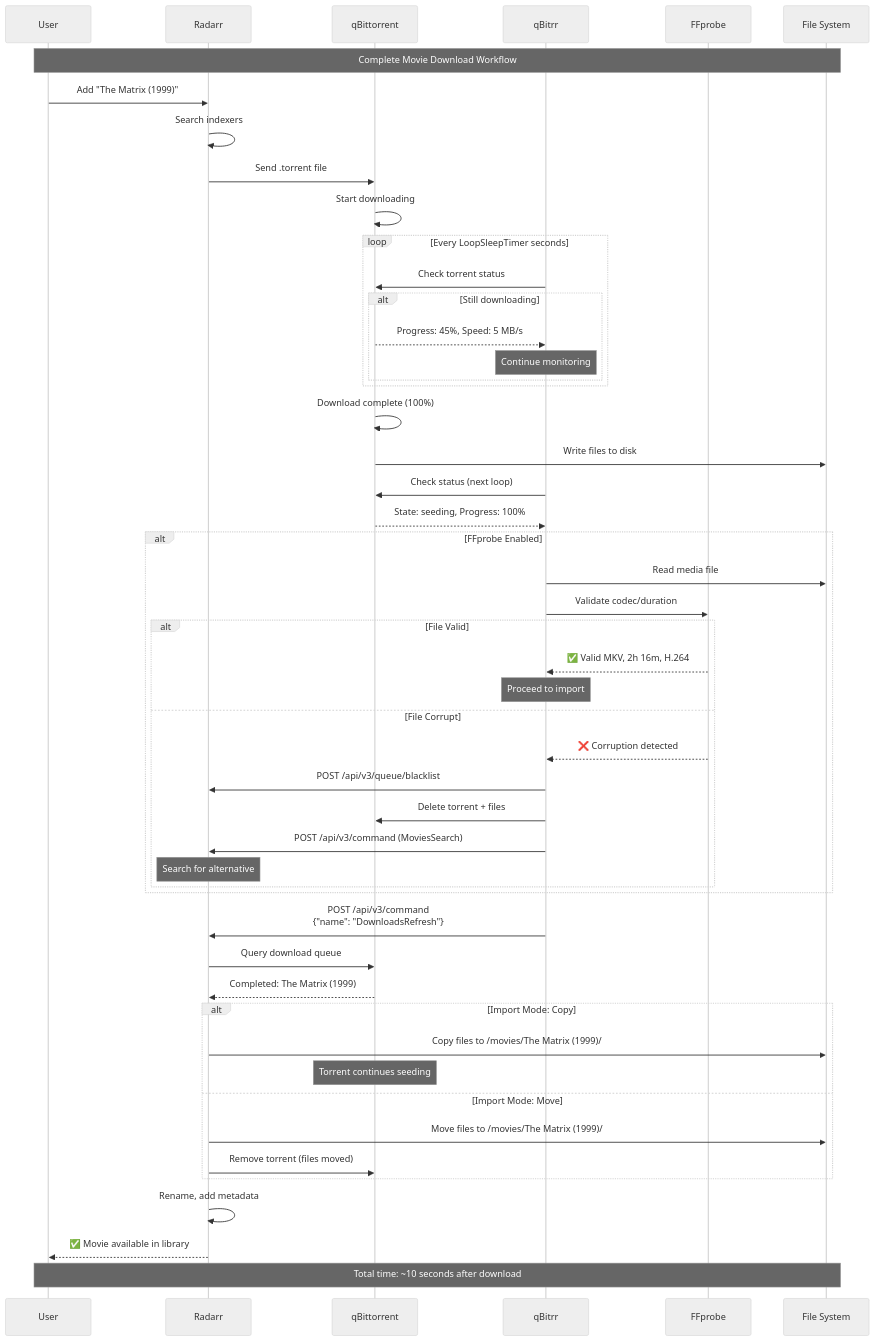
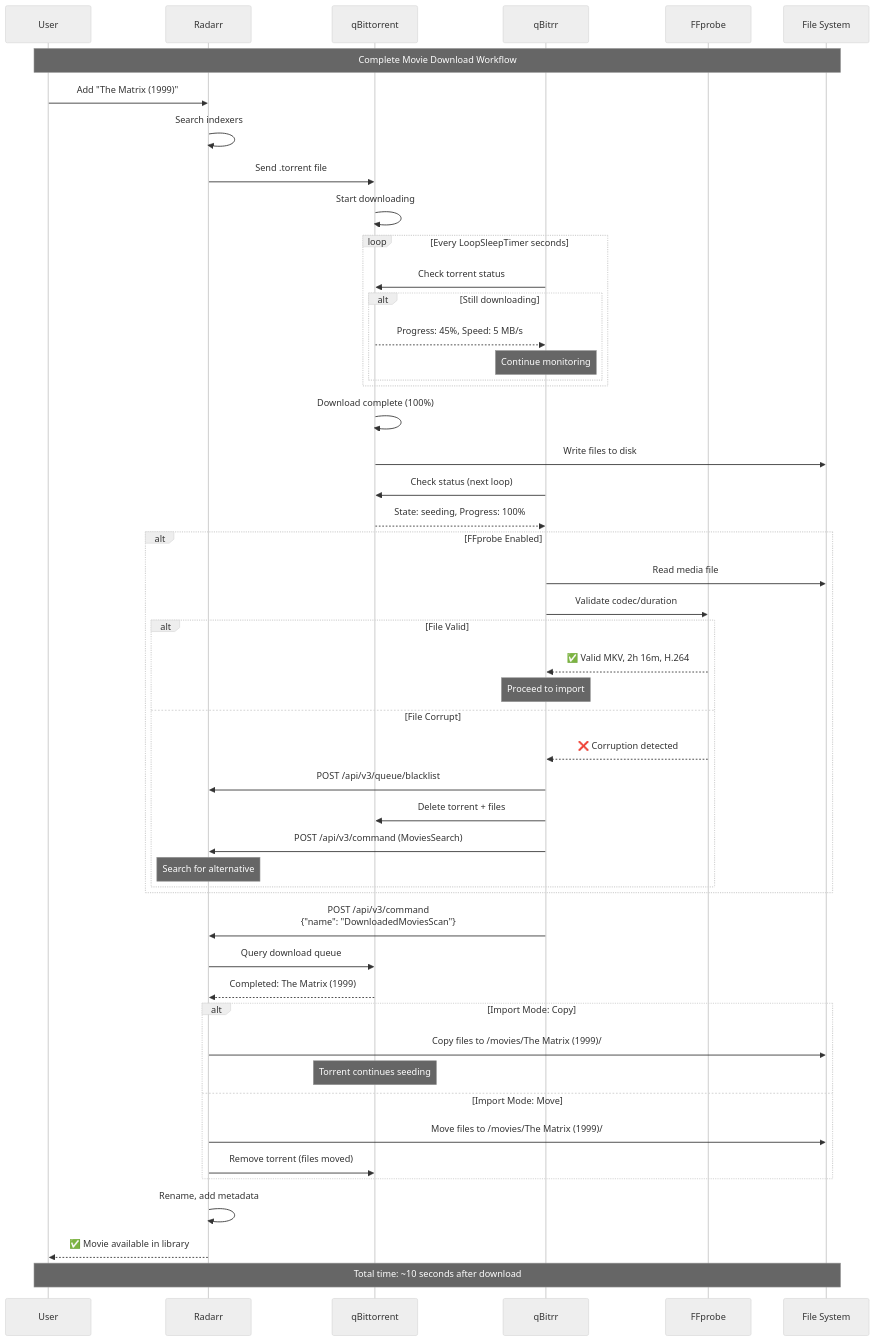
Before and after one commit to Feramance/qBitrr: the second of 5 diagrams in docs/features/instant-imports.md, drawn with Mermaid (neutral theme). The commit also changed other lines of this file and 10 other files, not shown here.

````diff
--- a/docs/features/instant-imports.md
+++ b/docs/features/instant-imports.md
@@ -248,63 +245,63 @@
 ```mermaid
 sequenceDiagram
     participant User
     participant Arr as Radarr
     participant qBT as qBittorrent
     participant qBitrr
     participant FFprobe
     participant FS as File System
 
     Note over User,FS: Complete Movie Download Workflow
 
     User->>Arr: Add "The Matrix (1999)"
     Arr->>Arr: Search indexers
     Arr->>qBT: Send .torrent file
     qBT->>qBT: Start downloading
 
     loop Every LoopSleepTimer seconds
         qBitrr->>qBT: Check torrent status
         alt Still downloading
             qBT-->>qBitrr: Progress: 45%, Speed: 5 MB/s
             Note over qBitrr: Continue monitoring
         end
     end
 
     qBT->>qBT: Download complete (100%)
     qBT->>FS: Write files to disk
 
     qBitrr->>qBT: Check status (next loop)
     qBT-->>qBitrr: State: seeding, Progress: 100%
 
     alt FFprobe Enabled
         qBitrr->>FS: Read media file
         qBitrr->>FFprobe: Validate codec/duration
 
         alt File Valid
             FFprobe-->>qBitrr: ✅ Valid MKV, 2h 16m, H.264
             Note over qBitrr: Proceed to import
         else File Corrupt
             FFprobe-->>qBitrr: ❌ Corruption detected
             qBitrr->>Arr: POST /api/v3/queue/blacklist
             qBitrr->>qBT: Delete torrent + files
             qBitrr->>Arr: POST /api/v3/command (MoviesSearch)
             Note over Arr: Search for alternative
         end
     end
 
-    qBitrr->>Arr: POST /api/v3/command<br/>{"name": "DownloadsRefresh"}
+    qBitrr->>Arr: POST /api/v3/command<br/>{"name": "DownloadedMoviesScan"}
     Arr->>qBT: Query download queue
     qBT-->>Arr: Completed: The Matrix (1999)
 
     alt Import Mode: Copy
         Arr->>FS: Copy files to /movies/The Matrix (1999)/
         Note over qBT: Torrent continues seeding
     else Import Mode: Move
         Arr->>FS: Move files to /movies/The Matrix (1999)/
         Arr->>qBT: Remove torrent (files moved)
     end
 
     Arr->>Arr: Rename, add metadata
     Arr-->>User: ✅ Movie available in library
 
     Note over User,FS: Total time: ~10 seconds after download
 ```
````
